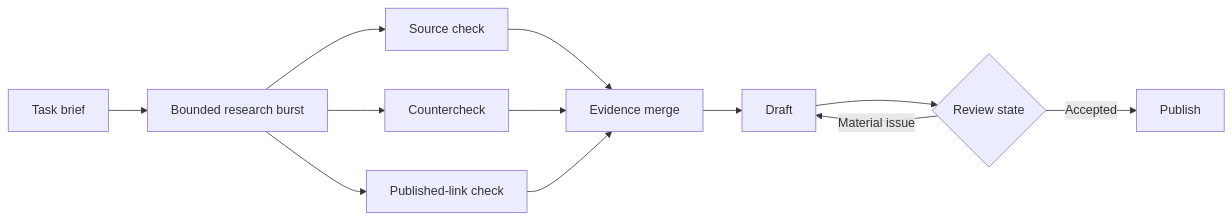
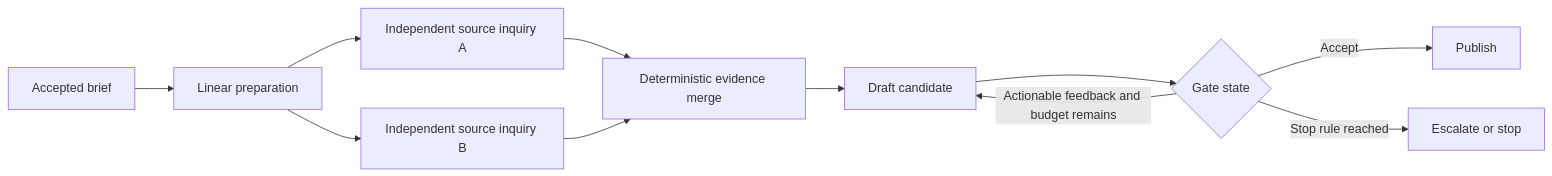
One commit to Herbertcuba/herbertcuba-personal-blog changed the third of 3 diagrams in src/drafts/df3f4646.md. Above: the diagram before and after it, drawn with Mermaid. The commit also changed other lines of this file, not shown here.

Commit message:
draft(t_3af0b546): Use a Pipeline Until the Work Proves It Needs a Graph

````diff
--- a/src/drafts/df3f4646.md
+++ b/src/drafts/df3f4646.md
@@ -73,14 +70,13 @@
 ```mermaid
 flowchart LR
-    A[Task brief] --> F[Bounded research burst]
-    F --> R1[Source check]
-    F --> R2[Countercheck]
-    F --> R3[Published-link check]
-    R1 --> M[Evidence merge]
-    R2 --> M
-    R3 --> M
-    M --> D[Draft]
-    D --> G{Review state}
-    G -- Accepted --> P[Publish]
-    G -- Material issue --> D
+    A["Accepted brief"] --> B["Linear preparation"]
+    B --> C1["Independent source inquiry A"]
+    B --> C2["Independent source inquiry B"]
+    C1 --> M["Deterministic evidence merge"]
+    C2 --> M
+    M --> D["Draft candidate"]
+    D --> G{"Gate state"}
+    G -->|Accept| P["Publish"]
+    G -->|Actionable feedback and budget remains| D
+    G -->|Stop rule reached| S["Escalate or stop"]
 ```
````
